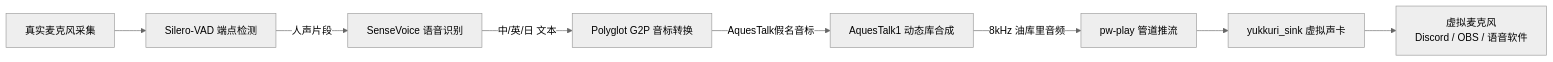
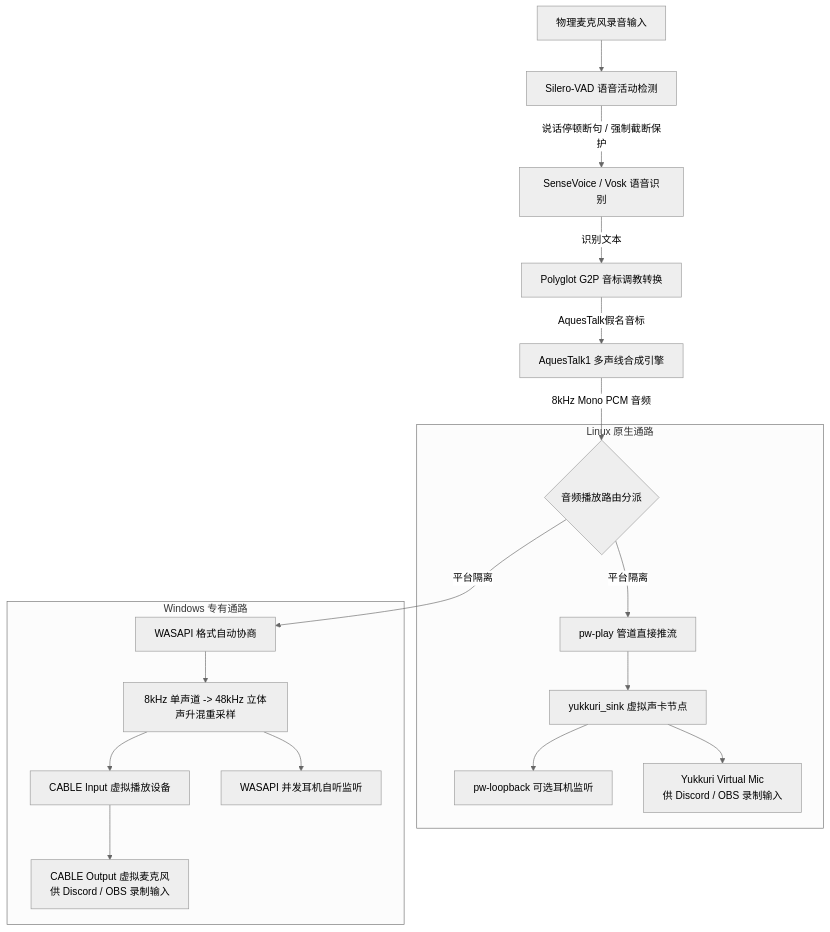
Before and after one commit to 2onic/yukkuri_app: the diagram in README.md, drawn with Mermaid (neutral theme). The commit also changed other lines of this file and 2 other files, not shown here.

Commit message:
docs: update README, LICENSE, and add Windows run.bat launcher

````diff
--- a/README.md
+++ b/README.md
@@ -34,10 +38,23 @@
 ```mermaid
-flowchart LR
-    A[真实麦克风采集] --> B[Silero-VAD 端点检测]
-    B -->|人声片段| C[SenseVoice 语音识别]
-    C -->|中/英/日 文本| D[Polyglot G2P 音标转换]
-    D -->|AquesTalk假名音标| E[AquesTalk1 动态库合成]
-    E -->|8kHz 油库里音频| F[pw-play 管道推流]
-    F --> G[yukkuri_sink 虚拟声卡]
-    G --> H[虚拟麦克风<br>Discord / OBS / 语音软件]
+flowchart TD
+    Mic[物理麦克风录音输入] --> VAD[Silero-VAD 语音活动检测]
+    VAD -->|说话停顿断句 / 强制截断保护| ASR[SenseVoice / Vosk 语音识别]
+    ASR -->|识别文本| G2P[Polyglot G2P 音标调教转换]
+    G2P -->|AquesTalk假名音标| TTS[AquesTalk1 多声线合成引擎]
+    TTS -->|8kHz Mono PCM 音频| Router{音频播放路由分派}
+
+    subgraph Linux [Linux 原生通路]
+        Router -->|平台隔离| PW[pw-play 管道直接推流]
+        PW --> Sink[yukkuri_sink 虚拟声卡节点]
+        Sink --> LoopbackLnx[pw-loopback 可选耳机监听]
+        Sink --> VSource[Yukkuri Virtual Mic<br>供 Discord / OBS 录制输入]
+    end
+
+    subgraph Windows [Windows 专有通路]
+        Router -->|平台隔离| WASAPI[WASAPI 格式自动协商]
+        WASAPI --> Resample[8kHz 单声道 -> 48kHz 立体声升混重采样]
+        Resample --> CableIn[CABLE Input 虚拟播放设备]
+        Resample --> MonitorWin[WASAPI 并发耳机自听监听]
+        CableIn --> CableOut[CABLE Output 虚拟麦克风<br>供 Discord / OBS 录制输入]
+    end
 ```
````
